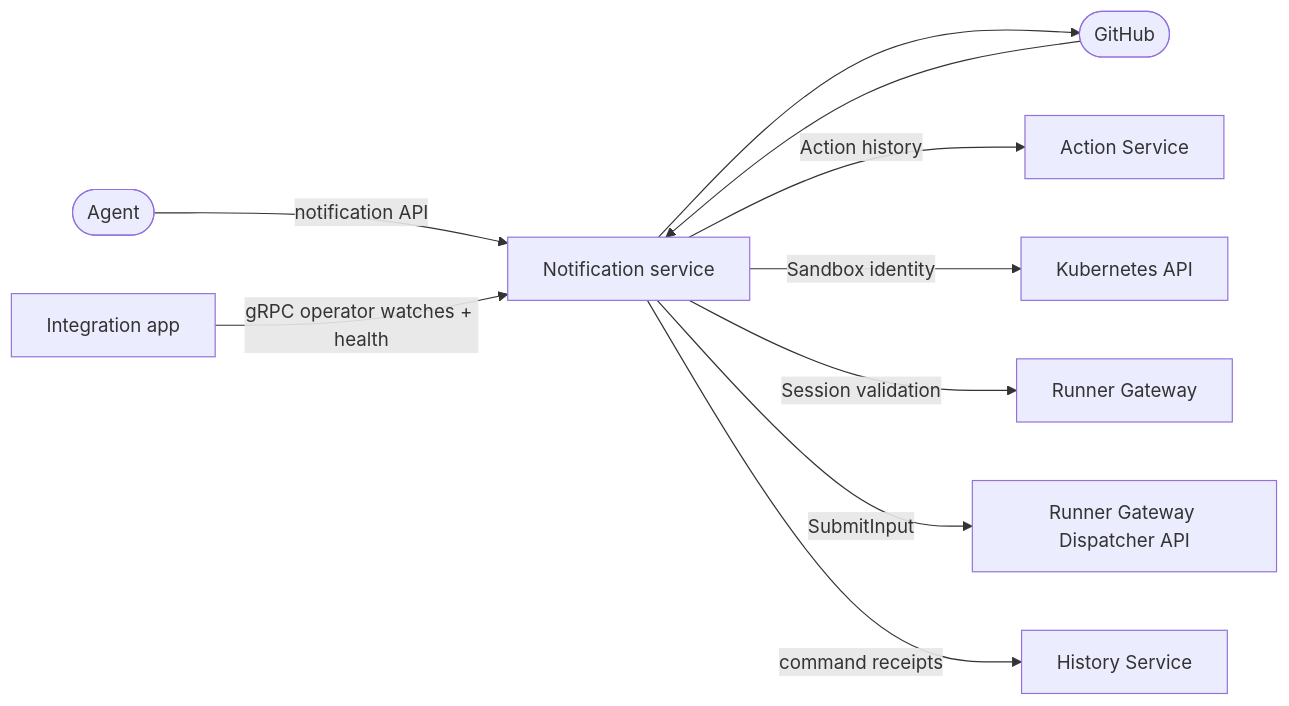
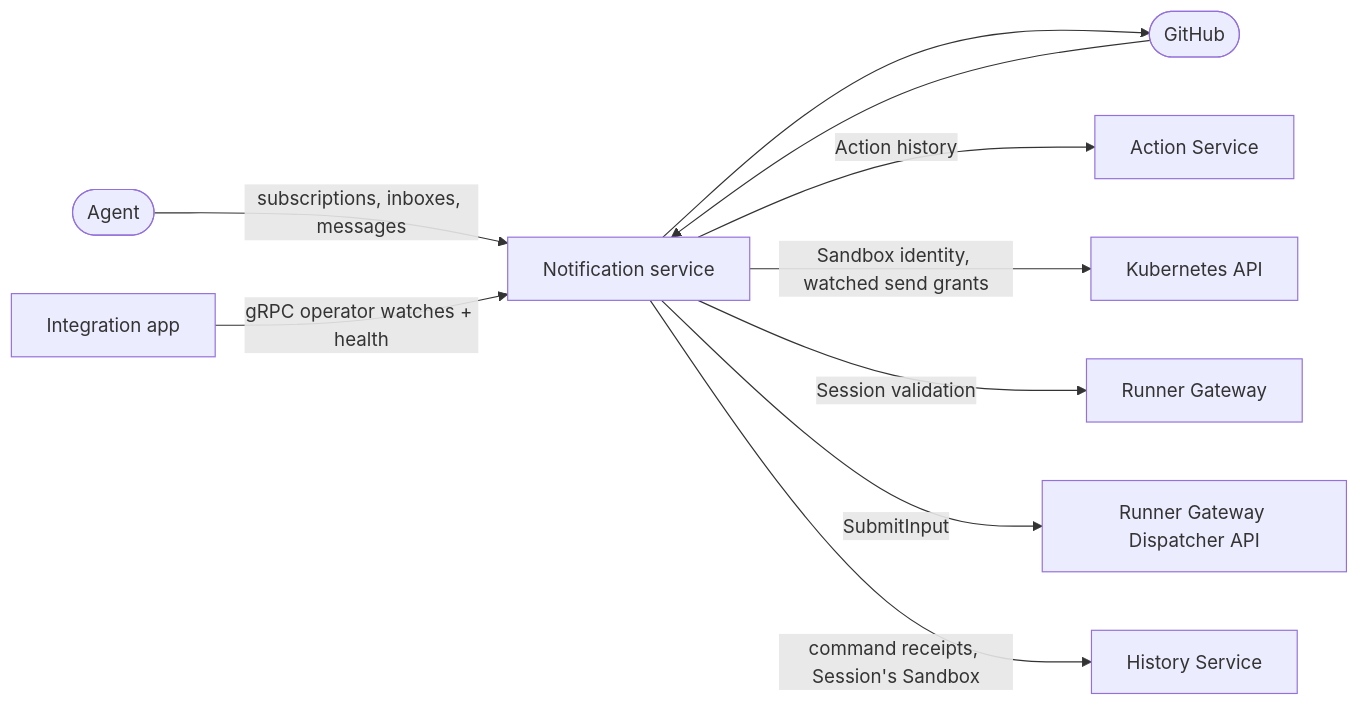
The fourth of 5 diagrams in agentplane/docs/system_overview.md (agentydragon/ducktape), drawn with Mermaid before and after one commit. The commit also changed other lines of this file and 40 other files, not shown here.

````diff
--- a/agentplane/docs/system_overview.md
+++ b/agentplane/docs/system_overview.md
@@ -94,22 +94,22 @@
 ```mermaid
 flowchart LR
     agent([Agent])
     app[Integration app]
     github([GitHub])
     notifications[Notification service]
     actions[Action Service]
     k8s[Kubernetes API]
     gateway[Runner Gateway]
     dispatcher[Runner Gateway Dispatcher API]
     history[History Service]
 
-    agent -->|notification API| notifications
+    agent -->|subscriptions, inboxes, messages| notifications
     app -->|gRPC operator watches + health| notifications
     github --> notifications
     notifications --> github
     notifications -->|Action history| actions
-    notifications -->|Sandbox identity| k8s
+    notifications -->|Sandbox identity, watched send grants| k8s
     notifications -->|Session validation| gateway
     notifications -->|SubmitInput| dispatcher
-    notifications -->|command receipts| history
+    notifications -->|command receipts, Session's Sandbox| history
 ```
````
